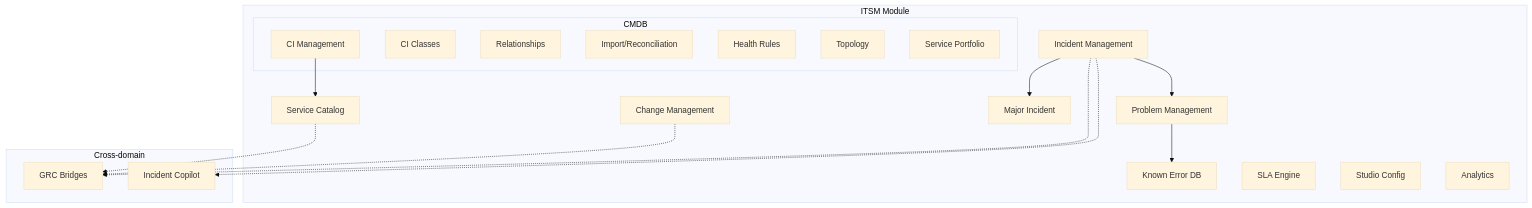
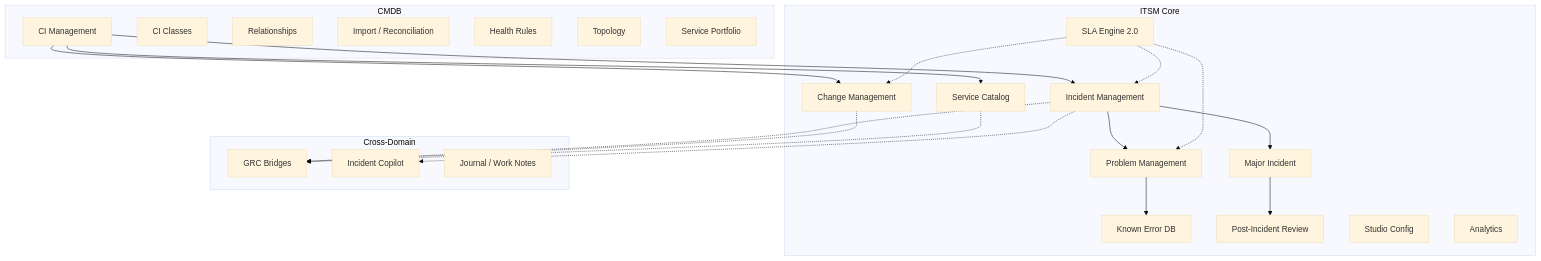
Before and after one commit to Gokhanagingil/grc: the first of 7 diagrams in docs/suite/03_ITSM.md, drawn with Mermaid (base theme). The commit also changed other lines of this file, not shown here.

First line of the commit message:
docs: finalize 03_ITSM.md — production-quality ITSM module documentation

````diff
--- a/docs/suite/03_ITSM.md
+++ b/docs/suite/03_ITSM.md
@@ -47,35 +82,46 @@
 ```mermaid
 graph TD
-    subgraph "ITSM Module"
+    subgraph ITSM_Core["ITSM Core"]
         INC[Incident Management]
         CHG[Change Management]
         PRB[Problem Management]
         KE[Known Error DB]
         MI[Major Incident]
+        PIR_MOD[Post-Incident Review]
         SVC[Service Catalog]
-        SLA[SLA Engine]
+        SLA[SLA Engine 2.0]
         STUDIO[Studio Config]
         ANALYTICS[Analytics]
-        subgraph "CMDB"
-            CI[CI Management]
-            CLS[CI Classes]
-            REL[Relationships]
-            IMP[Import/Reconciliation]
-            HEALTH[Health Rules]
-            TOPO[Topology]
-            SVCPORT[Service Portfolio]
-        end
     end
-    subgraph "Cross-domain"
+
+    subgraph CMDB_Block["CMDB"]
+        CI[CI Management]
+        CLS[CI Classes]
+        REL[Relationships]
+        IMP[Import / Reconciliation]
+        HEALTH[Health Rules]
+        TOPO[Topology]
+        SVCPORT[Service Portfolio]
+    end
+
+    subgraph Cross_Domain["Cross-Domain"]
         GRC_BRIDGE[GRC Bridges]
         COPILOT[Incident Copilot]
+        JOURNAL[Journal / Work Notes]
     end
+
     INC --> PRB
     PRB --> KE
     INC --> MI
+    MI --> PIR_MOD
     INC -.-> COPILOT
     INC -.-> GRC_BRIDGE
     CHG -.-> GRC_BRIDGE
     SVC -.-> GRC_BRIDGE
     CI --> SVC
+    CI --> INC
+    CI --> CHG
+    SLA -.-> INC
+    SLA -.-> CHG
+    SLA -.-> PRB
 ```
````
